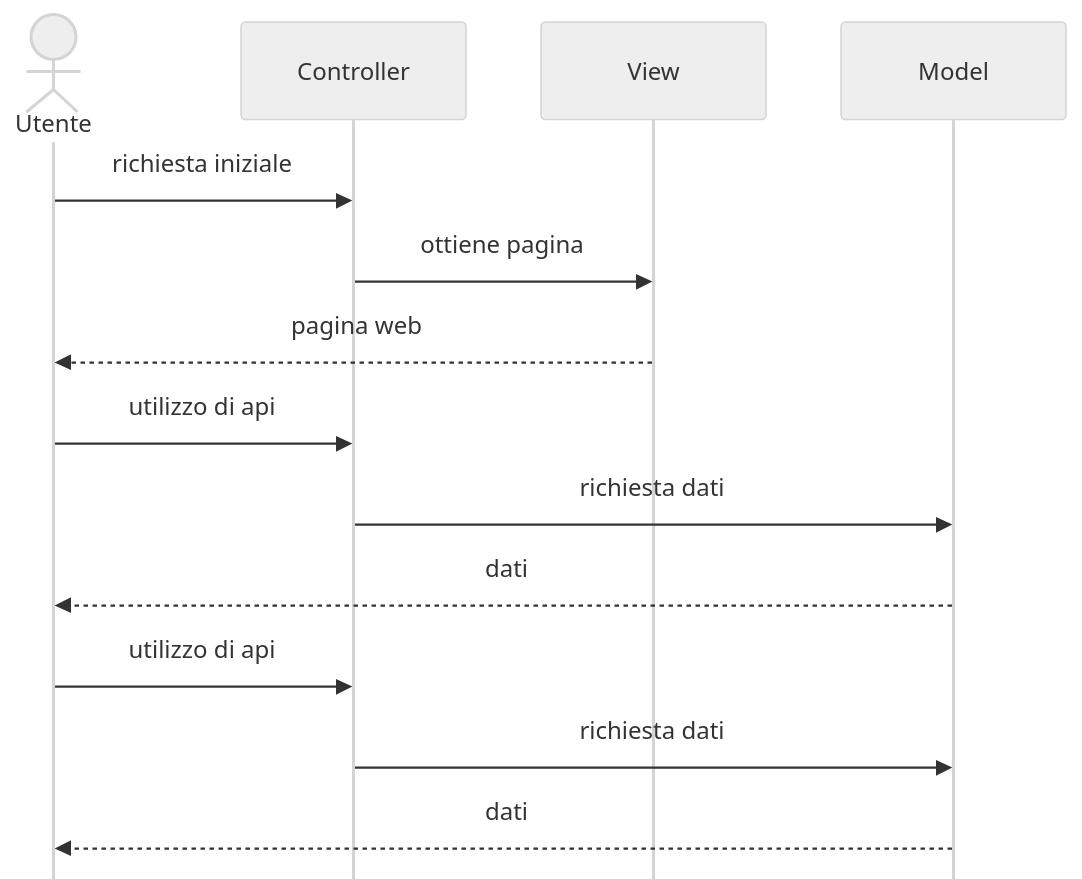
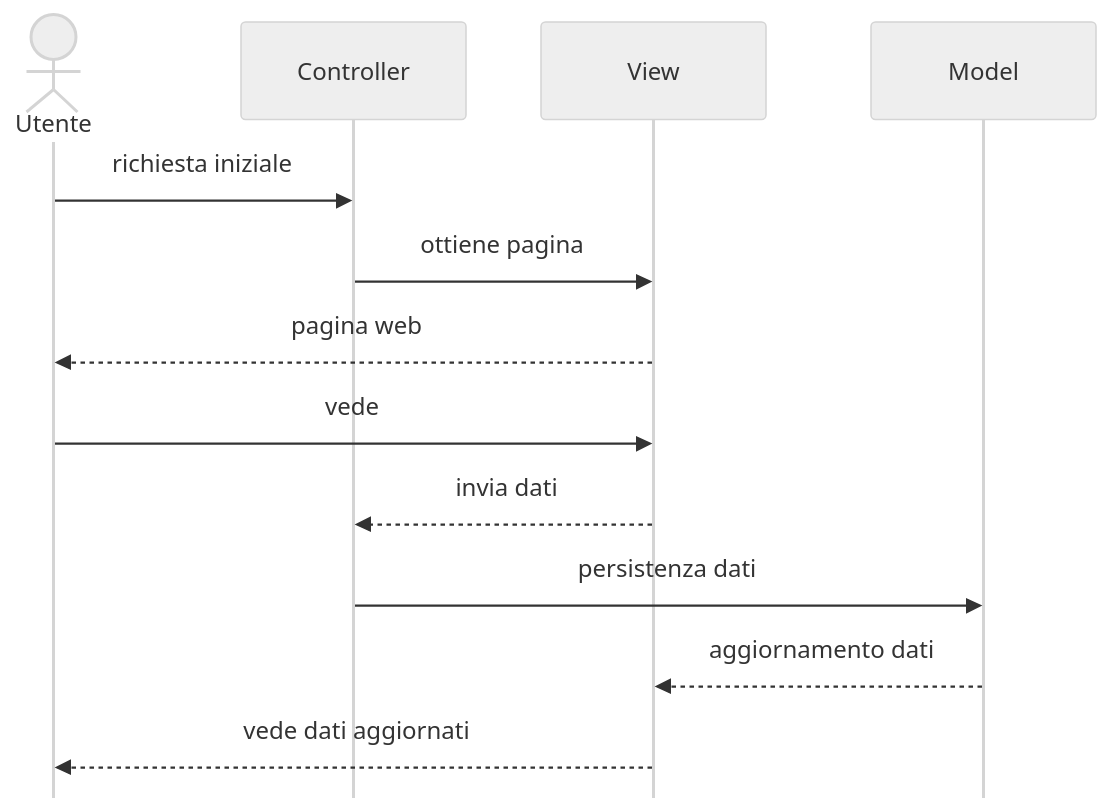
The second of 2 diagrams in slides/3.md (iacobucci/sviluppo_web_in_javascript), drawn with Mermaid before and after one commit. The commit also changed other lines of this file and 27 other files, not shown here.

```diff
--- a/slides/3.md
+++ b/slides/3.md
@@ -59,14 +61,13 @@
 <div class="mermaid" style="width: 30%">
 %%{init: {'theme': 'neutral', 'mirrorActors': false} }%%
 sequenceDiagram
 	actor Utente
 	Utente ->> Controller: richiesta iniziale
 	Controller ->> View: ottiene pagina
 	View -->> Utente: pagina web
-	Utente ->> Controller: utilizzo di api
-	Controller ->> Model: richiesta dati
-	Model -->> Utente: dati
-	Utente ->> Controller: utilizzo di api
-	Controller ->> Model: richiesta dati
-	Model -->> Utente: dati
+	Utente ->> View: vede
+	View -->> Controller: invia dati
+	Controller ->> Model: persistenza dati
+	Model -->> View: aggiornamento dati
+	View -->> Utente: vede dati aggiornati
 </div>
```
